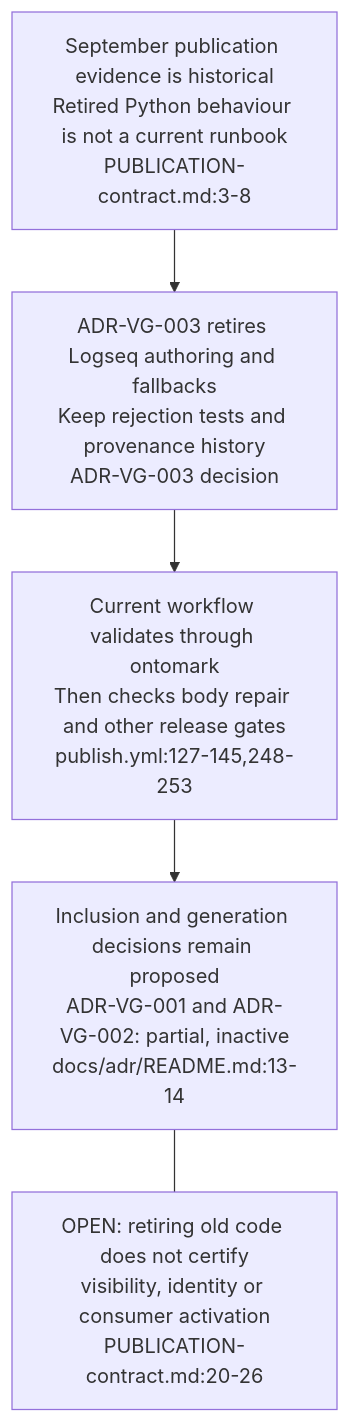
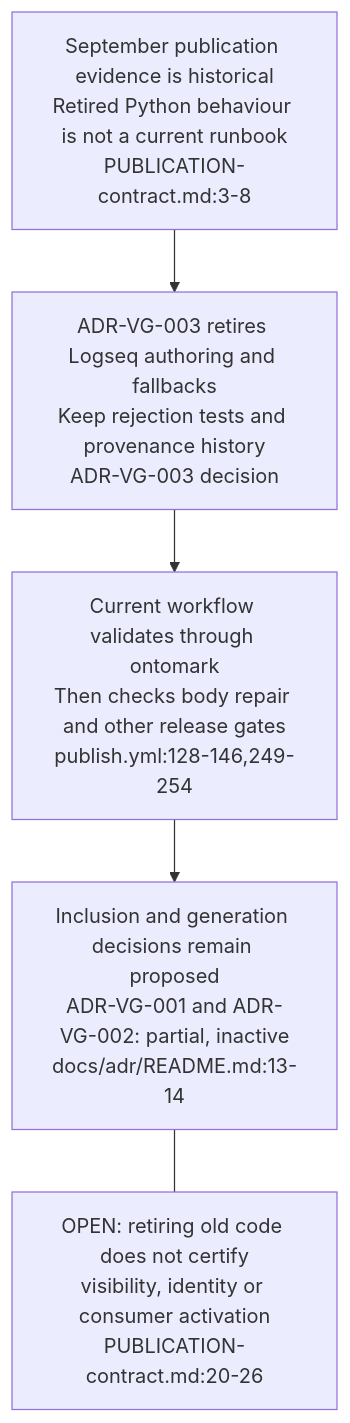
One commit to DreamLab-AI/VisionFlow changed the third of 6 diagrams in docs/diagrams/visiongraph/01-vault-structure-and-contract.md. Above: the diagram before and after it, drawn with Mermaid. The commit also changed other lines of this file and 70 other files, not shown here.

First line of the commit message:
docs(diagrams): re-verify 69 topics at current default-branch heads

````diff
--- a/docs/diagrams/visiongraph/01-vault-structure-and-contract.md
+++ b/docs/diagrams/visiongraph/01-vault-structure-and-contract.md
@@ -76,11 +76,11 @@
 ```mermaid
 flowchart TB
     HIST["September publication evidence is historical<br/>Retired Python behaviour is not a current runbook<br/>PUBLICATION-contract.md:3-8"]
     %% Source: ADR-VG-003-obsidian-only-authoring.md:25-33
     RETIRE["ADR-VG-003 retires Logseq authoring and fallbacks<br/>Keep rejection tests and provenance history<br/>ADR-VG-003 decision"]
-    GATE["Current workflow validates through ontomark<br/>Then checks body repair and other release gates<br/>publish.yml:127-145,248-253"]
+    GATE["Current workflow validates through ontomark<br/>Then checks body repair and other release gates<br/>publish.yml:128-146,249-254"]
     ACCEPT["Inclusion and generation decisions remain proposed<br/>ADR-VG-001 and ADR-VG-002: partial, inactive<br/>docs/adr/README.md:13-14"]
     HIST --> RETIRE --> GATE --> ACCEPT
     LIMIT["OPEN: retiring old code does not certify<br/>visibility, identity or consumer activation<br/>PUBLICATION-contract.md:20-26"]
     ACCEPT --- LIMIT
 ```
````
